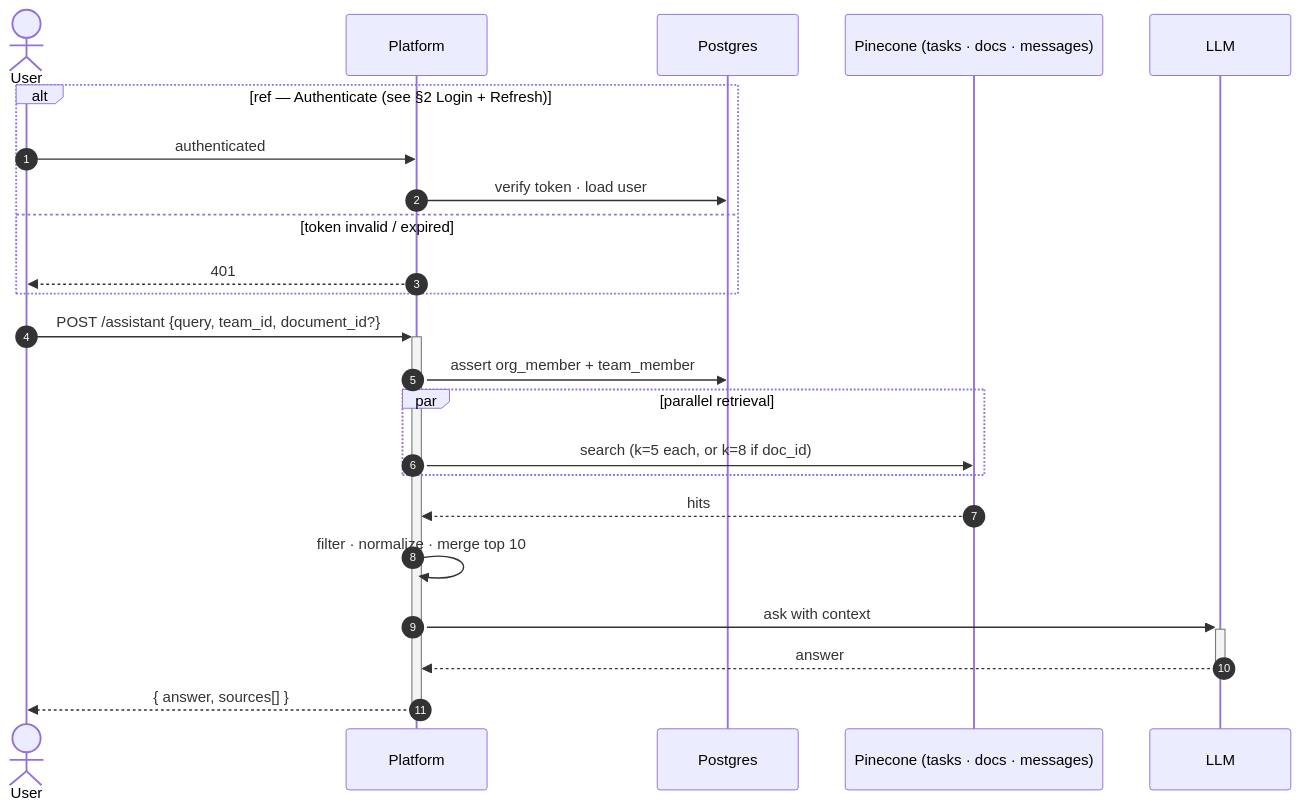
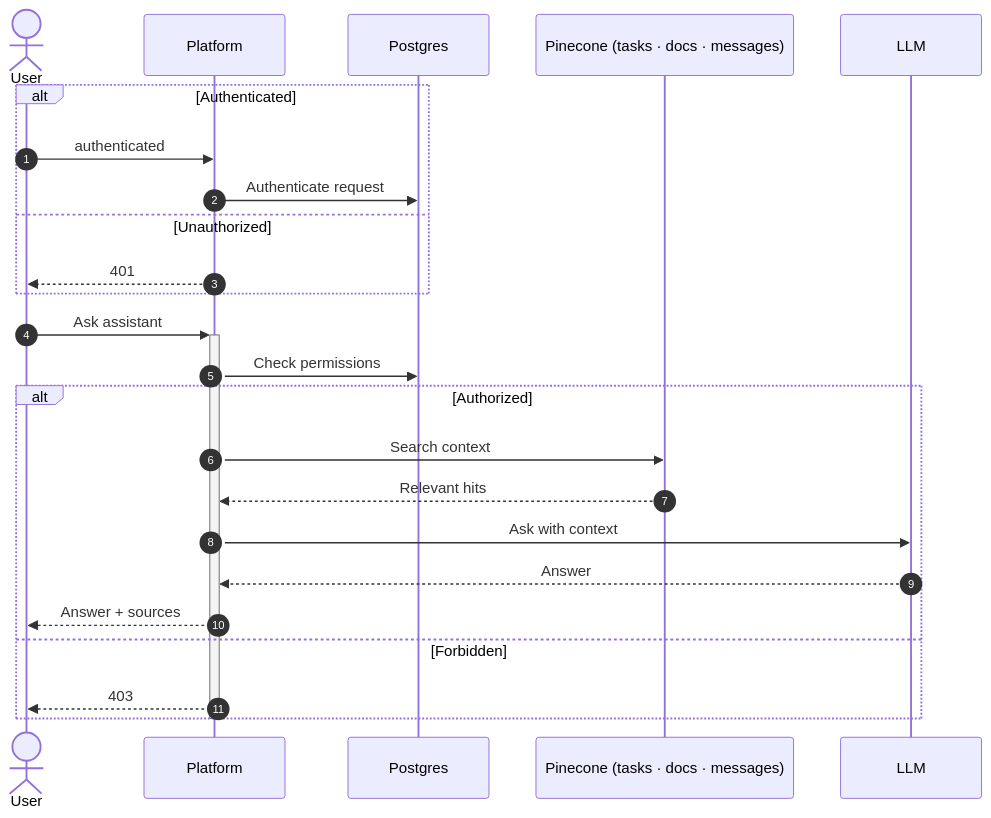
Before and after one commit to MohamedChebbi123/teamnest: diagram 14 of 16 in docs/SEQUENCE_DIAGRAMS.md, drawn with Mermaid. The commit also changed other lines of this file, not shown here.

````diff
--- a/docs/SEQUENCE_DIAGRAMS.md
+++ b/docs/SEQUENCE_DIAGRAMS.md
@@ -419,27 +495,29 @@
 ```mermaid
 sequenceDiagram
     autonumber
     actor User
     participant API as Platform
     participant DB as Postgres
     participant Vec as Pinecone (tasks · docs · messages)
     participant LLM
 
-    alt ref — Authenticate (see §2 Login + Refresh)
+    alt Authenticated
         User->>API: authenticated
-        API->>DB: verify token · load user
-    else token invalid / expired
+        API->>DB: Authenticate request
+    else Unauthorized
         API-->>User: 401
     end
 
-    User->>+API: POST /assistant {query, team_id, document_id?}
-    API->>DB: assert org_member + team_member
-    par parallel retrieval
-        API->>Vec: search (k=5 each, or k=8 if doc_id)
+    User->>+API: Ask assistant
+    API->>DB: Check permissions
+    alt Authorized
+        API->>Vec: Search context
+        Vec-->>API: Relevant hits
+        API->>LLM: Ask with context
+        LLM-->>API: Answer
+        API-->>User: Answer + sources
+    else Forbidden
+        API-->>User: 403
     end
-    Vec-->>API: hits
-    API->>API: filter · normalize · merge top 10
-    API->>+LLM: ask with context
-    LLM-->>-API: answer
-    API-->>-User: { answer, sources[] }
+    deactivate API
 ```
````
